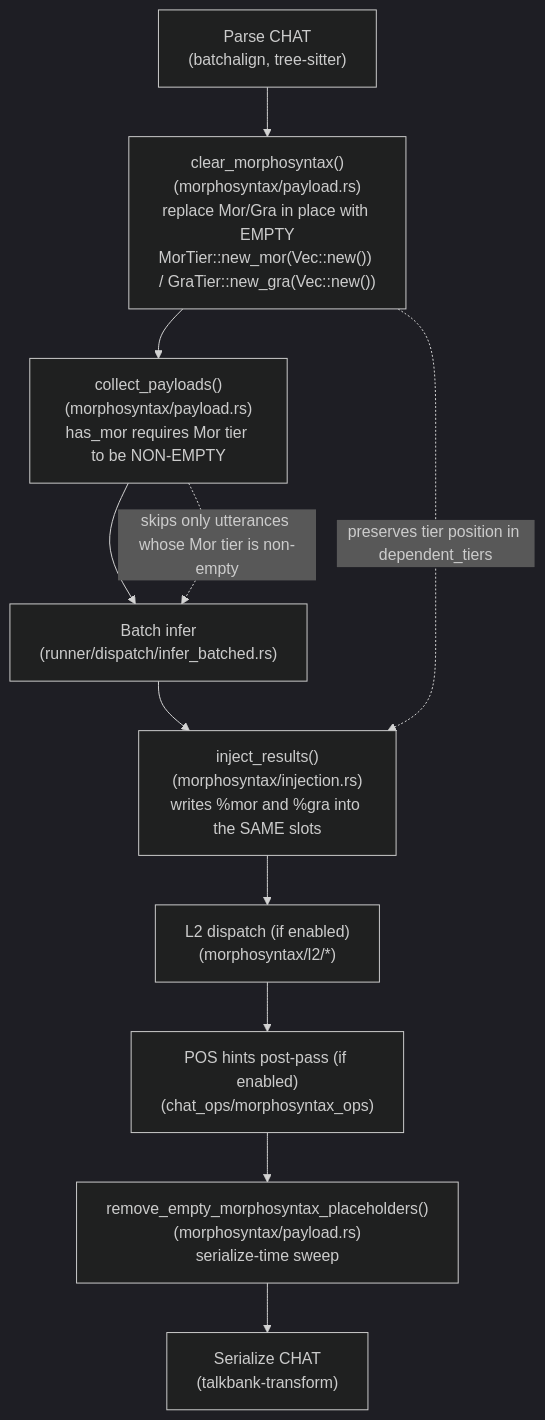
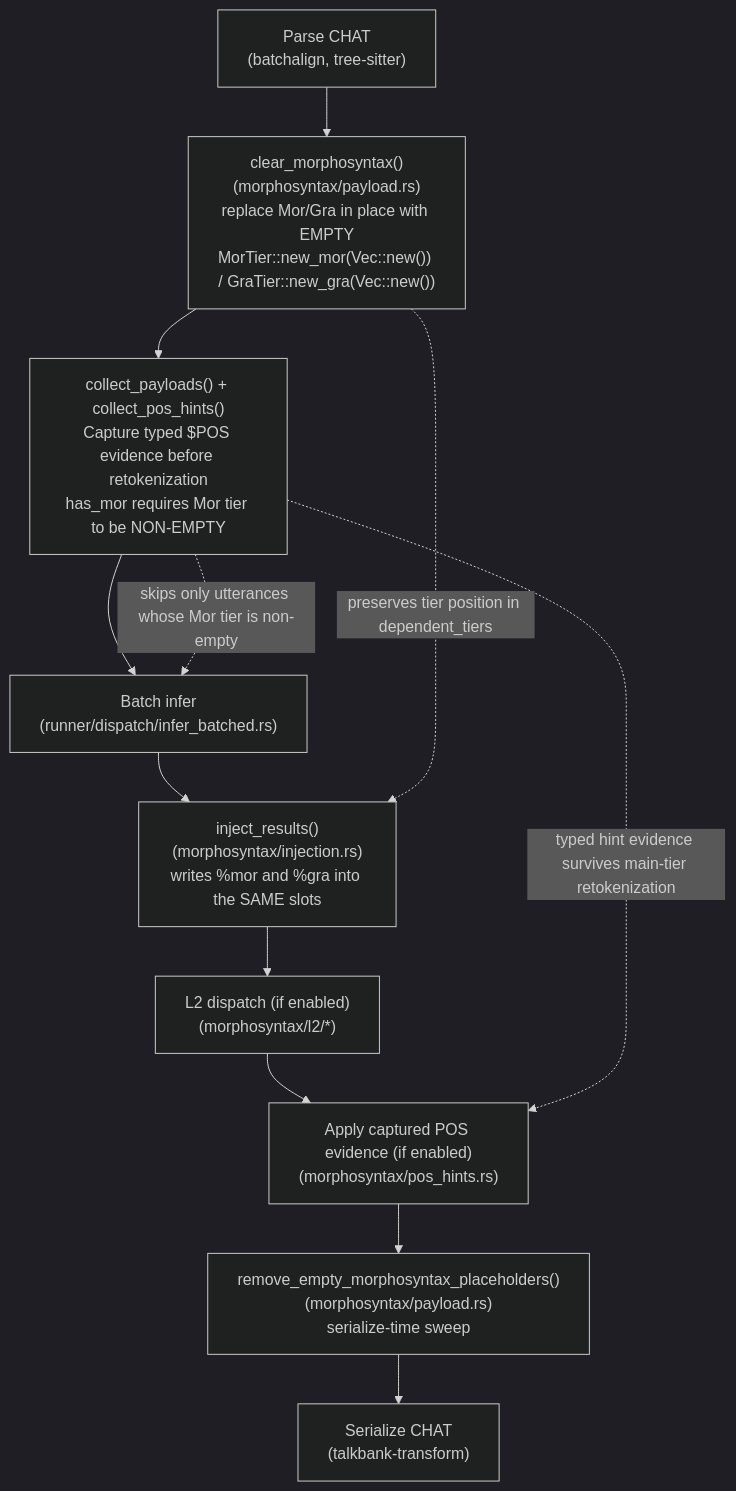
Before and after one commit to TalkBank/talkbank-tools: the first of 2 diagrams in book/src/batchalign/developer/commands/morphotag.md, drawn with Mermaid (dark theme). The commit also changed other lines of this file and 32 other files, not shown here.

````diff
--- a/book/src/batchalign/developer/commands/morphotag.md
+++ b/book/src/batchalign/developer/commands/morphotag.md
@@ -160,17 +154,18 @@
 ```mermaid
 flowchart TD
     parse["Parse CHAT\n(batchalign, tree-sitter)"]
     clear["clear_morphosyntax()\n(morphosyntax/payload.rs)\nreplace Mor/Gra in place with EMPTY\nMorTier::new_mor(Vec::new()) / GraTier::new_gra(Vec::new())"]
-    collect["collect_payloads()\n(morphosyntax/payload.rs)\nhas_mor requires Mor tier to be NON-EMPTY"]
+    collect["collect_payloads() + collect_pos_hints()\nCapture typed $POS evidence before retokenization\nhas_mor requires Mor tier to be NON-EMPTY"]
     infer["Batch infer\n(runner/dispatch/infer_batched.rs)"]
     inject["inject_results()\n(morphosyntax/injection.rs)\nwrites %mor and %gra into the SAME slots"]
     l2["L2 dispatch (if enabled)\n(morphosyntax/l2/*)"]
-    poshints["POS hints post-pass (if enabled)\n(chat_ops/morphosyntax_ops)"]
+    poshints["Apply captured POS evidence (if enabled)\n(morphosyntax/pos_hints.rs)"]
     sweep["remove_empty_morphosyntax_placeholders()\n(morphosyntax/payload.rs)\nserialize-time sweep"]
     serialize["Serialize CHAT\n(talkbank-transform)"]
 
     parse --> clear --> collect --> infer --> inject --> l2 --> poshints --> sweep --> serialize
 
     clear -. "preserves tier position in dependent_tiers" .-> inject
     collect -. "skips only utterances whose Mor tier is non-empty" .-> infer
+    collect -. "typed hint evidence survives main-tier retokenization" .-> poshints
 ```
````
